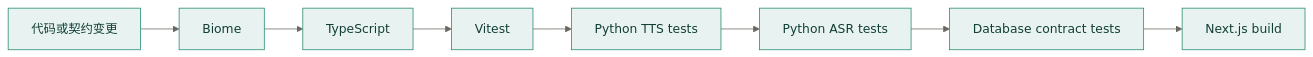
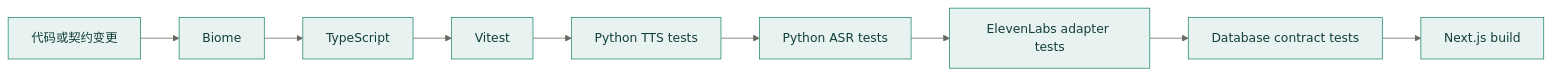
Before and after one commit to chaos-design/moss: the diagram in docs/testing-report.md, drawn with Mermaid. The commit also changed other lines of this file and 24 other files, not shown here.

Commit message:
feat(backend): add optional ElevenLabs speech adapter

````diff
--- a/docs/testing-report.md
+++ b/docs/testing-report.md
@@ -7,11 +7,12 @@
 ```mermaid
 %%{init: {"theme":"base","themeVariables":{"primaryColor":"#E8F3F1","primaryTextColor":"#123F35","primaryBorderColor":"#258A72","lineColor":"#686860","secondaryColor":"#FFF3E8","tertiaryColor":"#EEF2FF"}}}%%
 flowchart LR
     Change[代码或契约变更] --> Lint[Biome]
     Lint --> Types[TypeScript]
     Types --> Frontend[Vitest]
     Frontend --> TTS[Python TTS tests]
     TTS --> ASR[Python ASR tests]
-    ASR --> Database[Database contract tests]
+    ASR --> ElevenLabs[ElevenLabs adapter tests]
+    ElevenLabs --> Database[Database contract tests]
     Database --> Build[Next.js build]
 ```
````
